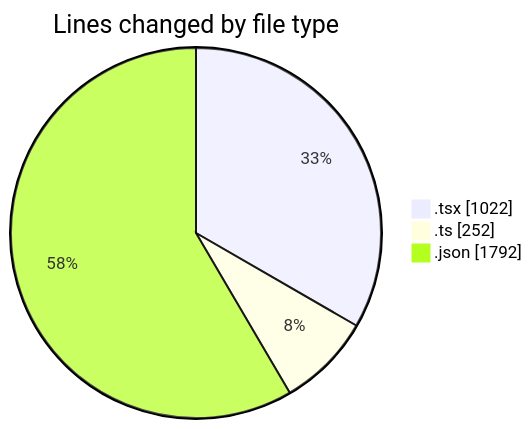
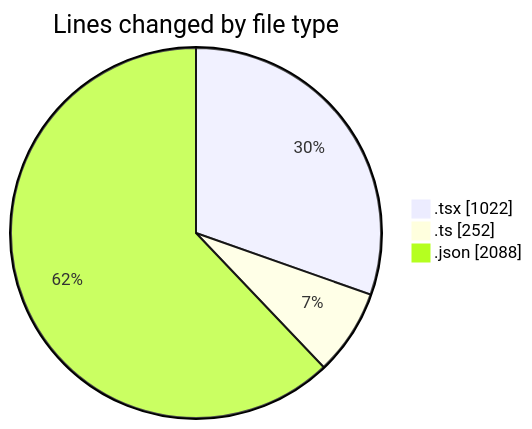
One commit to julien-gomy/code-tracking changed the first of 2 diagrams in 2025-10-31/eventscop-frontend-guide__workspace_/README.md. Above: the diagram before and after it, drawn with Mermaid. The commit also changed other lines of this file and 1 other file, not shown here.

````diff
--- a/2025-10-31/eventscop-frontend-guide__workspace_/README.md
+++ b/2025-10-31/eventscop-frontend-guide__workspace_/README.md
@@ -27,7 +28,7 @@
 ```mermaid
 pie showData
 title Lines changed by file type
 ".tsx" : 1022
 ".ts" : 252
-".json" : 1792
+".json" : 2088
 ```
````
